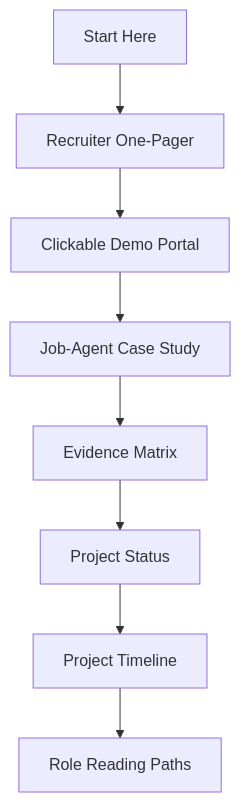
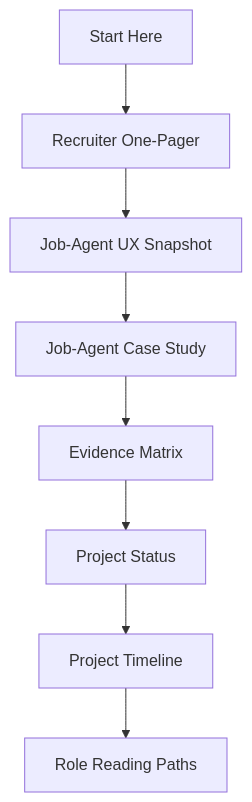
One commit to marcus-uden-dev/ai-native-proof-of-work changed the diagram in NAVIGATION.md. Above: the diagram before and after it, drawn with Mermaid. The commit also changed other lines of this file and 46 other files, not shown here.

````diff
--- a/NAVIGATION.md
+++ b/NAVIGATION.md
@@ -97,10 +103,10 @@
 ```mermaid
 flowchart TD
     A["Start Here"] --> B["Recruiter One-Pager"]
-    B --> C["Clickable Demo Portal"]
+    B --> C["Job-Agent UX Snapshot"]
     C --> D["Job-Agent Case Study"]
     D --> E["Evidence Matrix"]
     E --> F["Project Status"]
     F --> G["Project Timeline"]
     G --> H["Role Reading Paths"]
 ```
````
